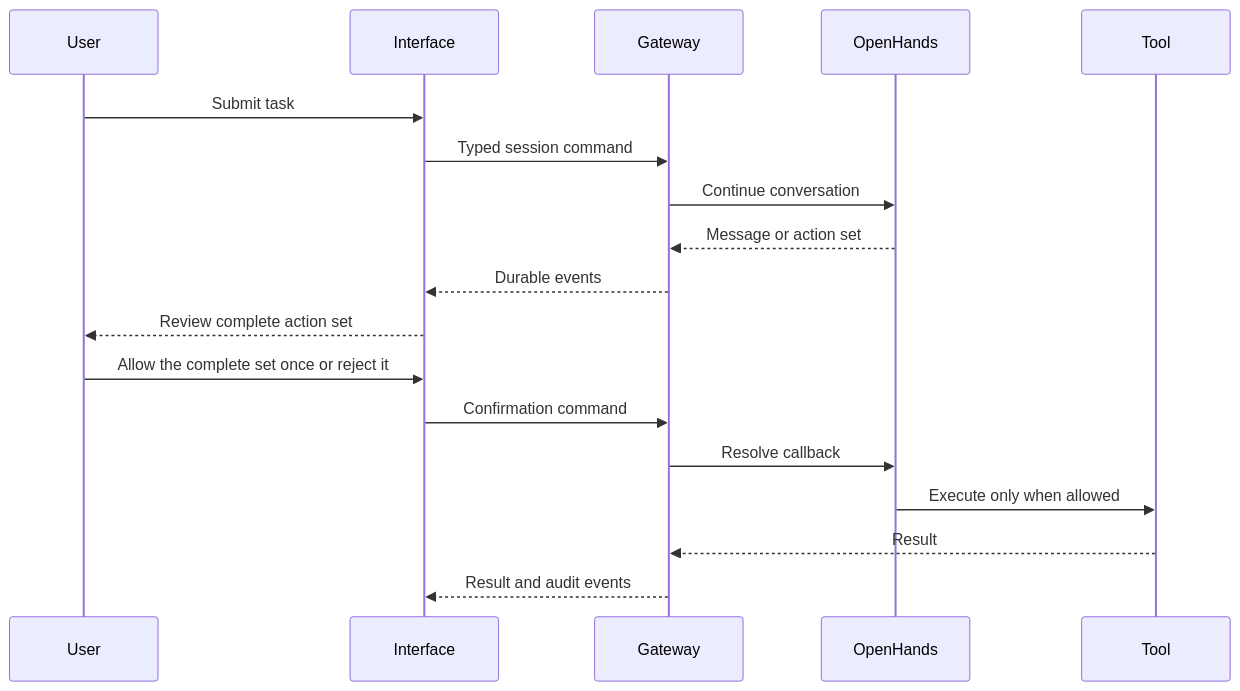
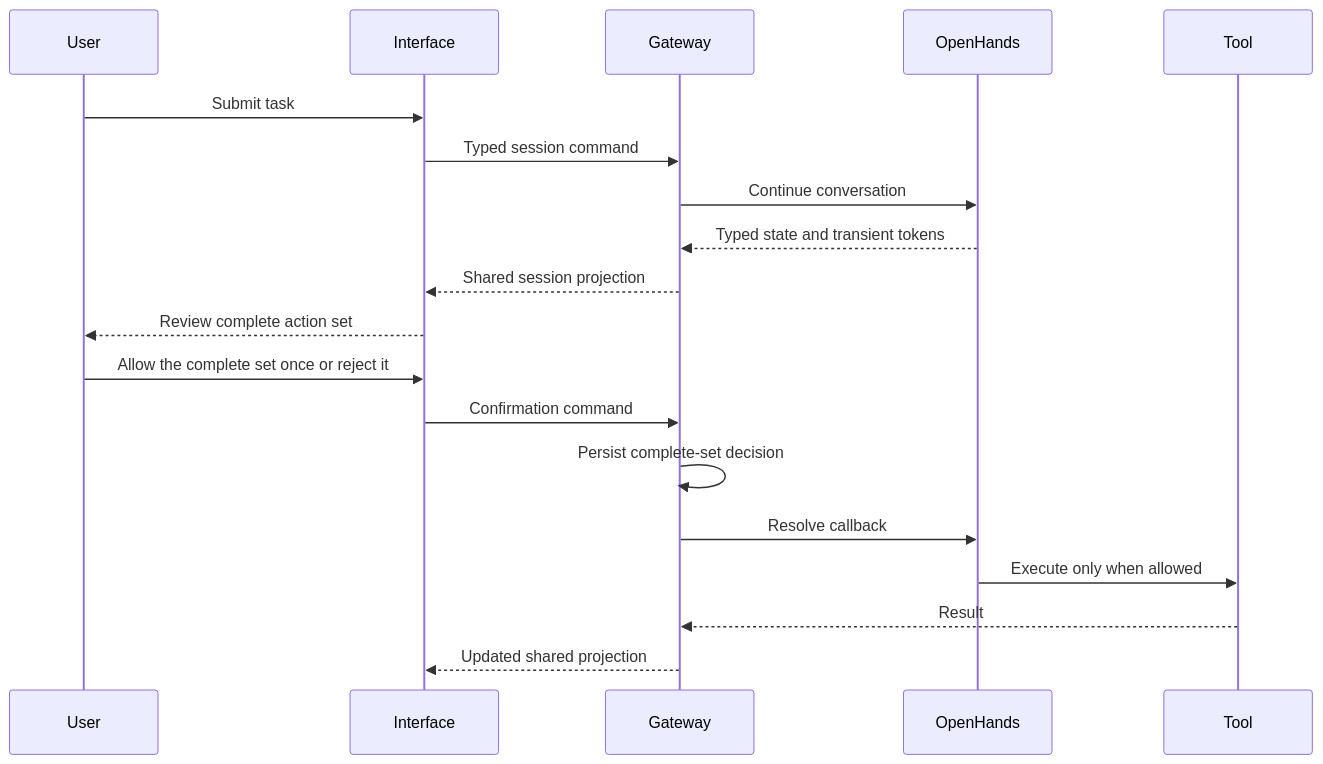
One commit to SchmiedmayerLab/heartwood changed the diagram in documentation/architecture/sessions-audit.md. Above: the diagram before and after it, drawn with Mermaid. The commit also changed other lines of this file and 123 other files, not shown here.

First line of the commit message:
Align the Agent Runtime With OpenHands SDK Capabilities (#97)

````diff
--- a/documentation/architecture/sessions-audit.md
+++ b/documentation/architecture/sessions-audit.md
@@ -14,20 +14,21 @@
 ```mermaid
 sequenceDiagram
     participant User
     participant Interface
     participant Gateway
     participant OpenHands
     participant Tool
     User->>Interface: Submit task
     Interface->>Gateway: Typed session command
     Gateway->>OpenHands: Continue conversation
-    OpenHands-->>Gateway: Message or action set
-    Gateway-->>Interface: Durable events
+    OpenHands-->>Gateway: Typed state and transient tokens
+    Gateway-->>Interface: Shared session projection
     Interface-->>User: Review complete action set
     User->>Interface: Allow the complete set once or reject it
     Interface->>Gateway: Confirmation command
+    Gateway->>Gateway: Persist complete-set decision
     Gateway->>OpenHands: Resolve callback
     OpenHands->>Tool: Execute only when allowed
     Tool-->>Gateway: Result
-    Gateway-->>Interface: Result and audit events
+    Gateway-->>Interface: Updated shared projection
 ```
````
